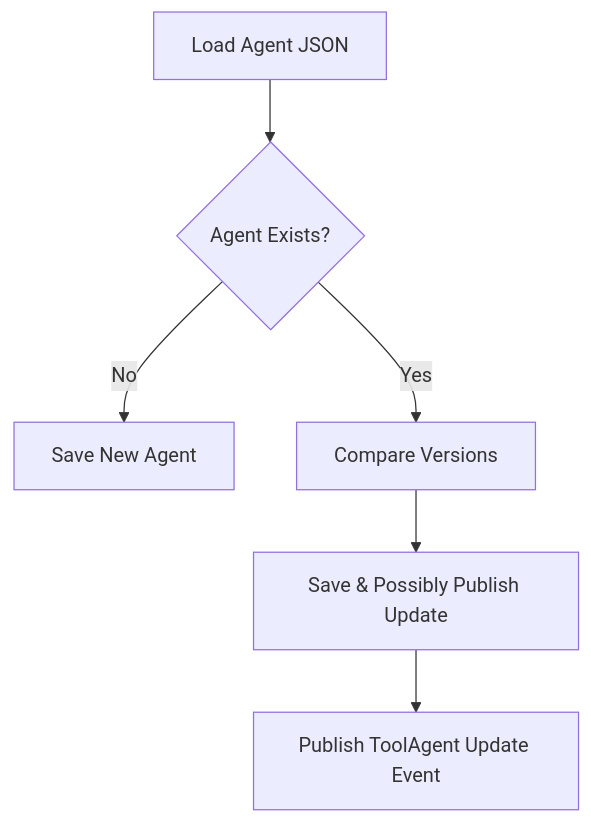
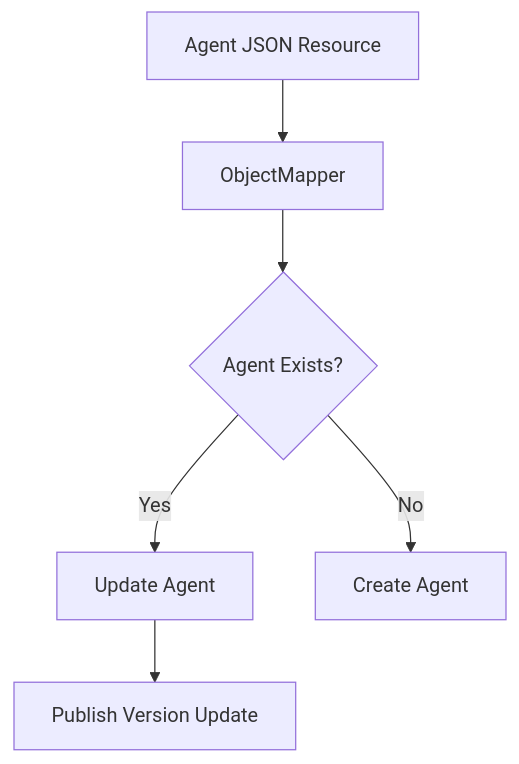
The eighth of 11 diagrams in docs/architecture/management-service-core/management-service-core.md (Praesto-Pro/openframe-oss-tenant), drawn with Mermaid before and after one commit. The commit also changed other lines of this file and 174 other files, not shown here.

````diff
--- a/docs/architecture/management-service-core/management-service-core.md
+++ b/docs/architecture/management-service-core/management-service-core.md
@@ -203,8 +249,8 @@
 ```mermaid
 flowchart TD
-    LoadAgent["Load Agent JSON"] --> Exists{"Agent Exists?"}
-    Exists -->|"No"| Create["Save New Agent"]
-    Exists -->|"Yes"| Compare["Compare Versions"]
-    Compare --> Update["Save & Possibly Publish Update"]
-    Update --> Publish["Publish ToolAgent Update Event"]
+    Resource["Agent JSON Resource"] --> Parse["ObjectMapper"]
+    Parse --> Exists{"Agent Exists?"}
+    Exists -->|"Yes"| Update["Update Agent"]
+    Exists -->|"No"| Create["Create Agent"]
+    Update --> Publish["Publish Version Update"]
 ```
````
